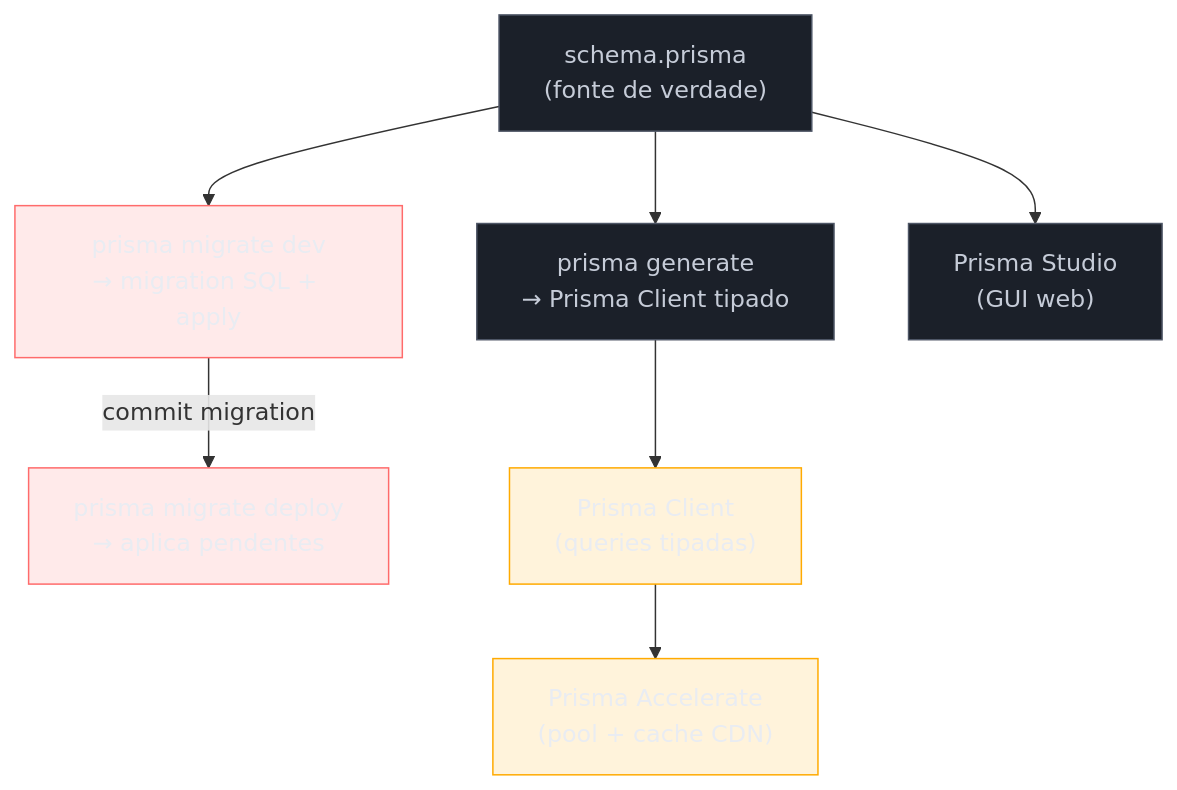
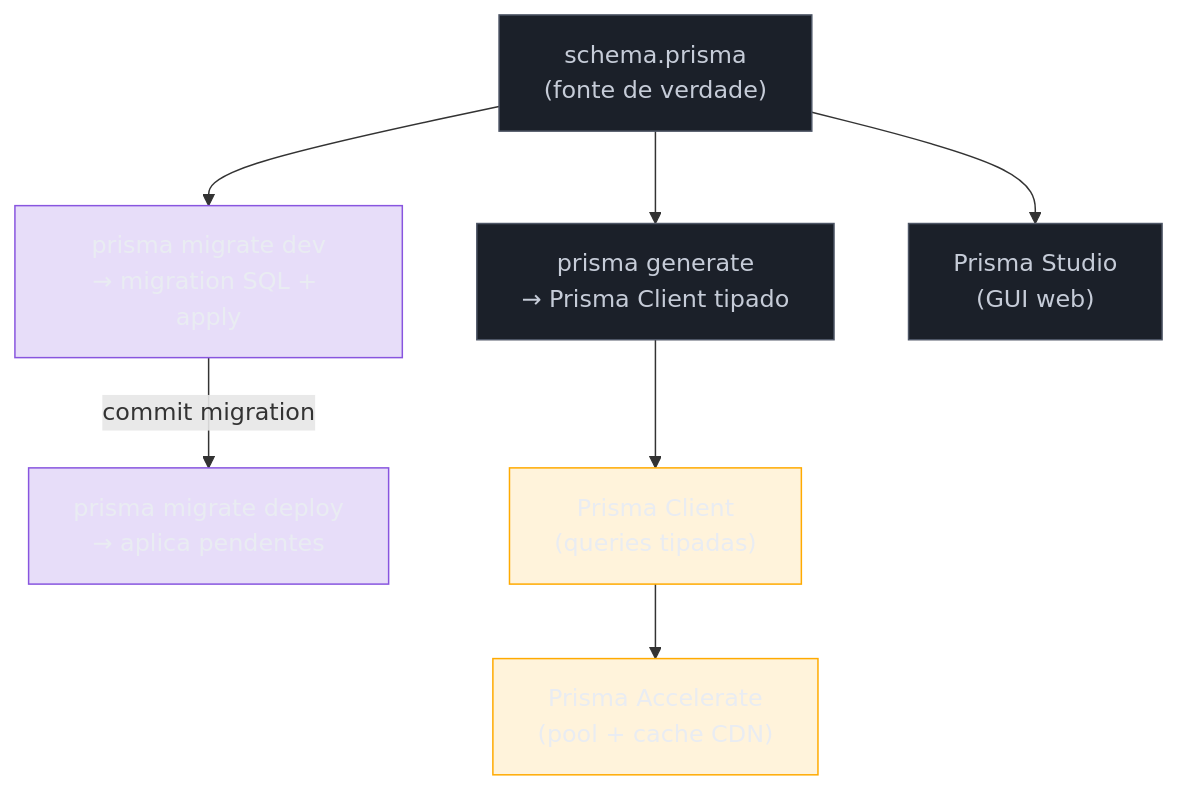
The diagram in 03-Dominios/Tecnologia/Node/ORMs e banco de dados/03 - Prisma - schema-first e type safety.md (josenaldo/codex-technomanticus), drawn with Mermaid before and after one commit. The commit also changed 601 other files, not shown here.

````diff
--- a/03-Dominios/Tecnologia/Node/ORMs e banco de dados/03 - Prisma - schema-first e type safety.md
+++ b/03-Dominios/Tecnologia/Node/ORMs e banco de dados/03 - Prisma - schema-first e type safety.md
@@ -26,28 +26,28 @@
 ```mermaid
 flowchart TD
+    classDef marca fill:#8855DF33,stroke:#8855DF,color:#E9ECF2
     classDef neutro fill:#1B2029,stroke:#4E5666,color:#C6CCD8
     classDef destaque fill:#FFAA0024,stroke:#FFAA00,color:#E9ECF2
-    classDef falha fill:#FF6B6B24,stroke:#FF6B6B,color:#E9ECF2
     SCHEMA["schema.prisma\n(fonte de verdade)"]
     GEN["prisma generate\n→ Prisma Client tipado"]
     DEV["prisma migrate dev\n→ migration SQL + apply"]
     PROD["prisma migrate deploy\n→ aplica pendentes"]
     CLIENT["Prisma Client\n(queries tipadas)"]
     STUDIO["Prisma Studio\n(GUI web)"]
     ACCEL["Prisma Accelerate\n(pool + cache CDN)"]
 
     SCHEMA --> GEN
     SCHEMA --> DEV
     DEV -->|"commit migration"| PROD
     GEN --> CLIENT
     CLIENT --> ACCEL
     SCHEMA --> STUDIO
 
     class SCHEMA neutro
     class GEN neutro
     class CLIENT destaque
     class ACCEL destaque
-    class DEV falha
-    class PROD falha
+    class DEV marca
+    class PROD marca
     class STUDIO neutro
 ```
````
